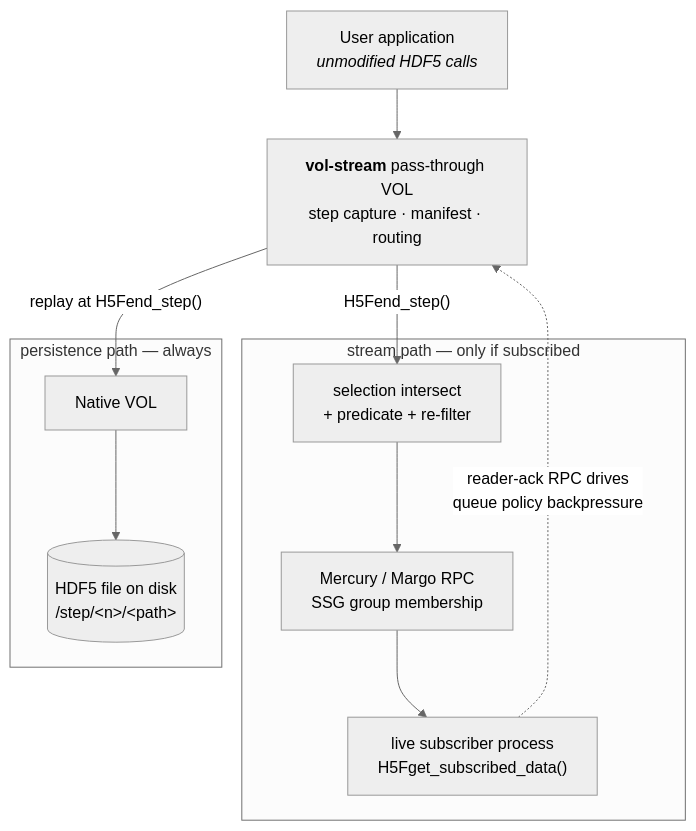
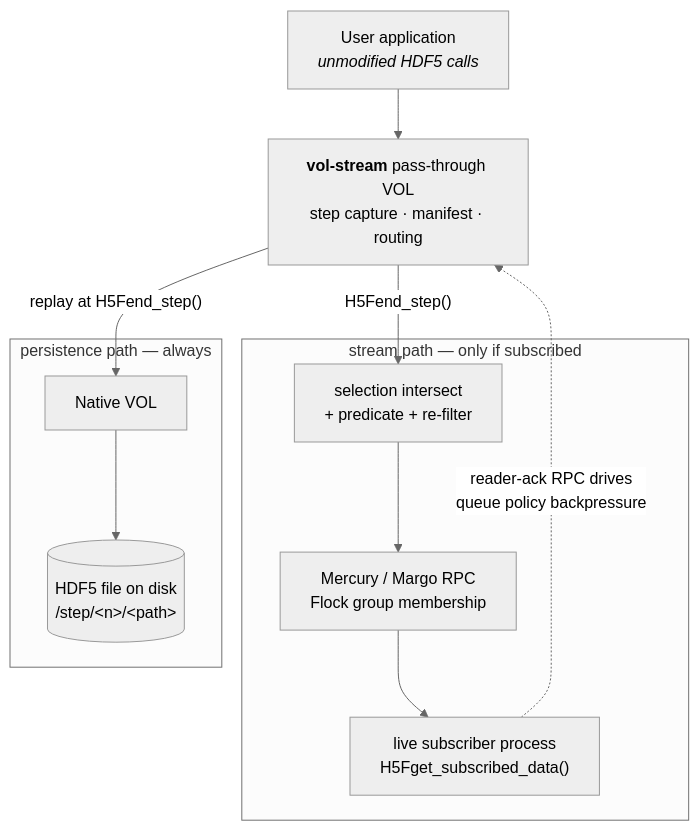
One commit to brtnfld/vol-stream changed the diagram in docs/user-guide.md. Above: the diagram before and after it, drawn with Mermaid (neutral theme). The commit also changed other lines of this file and 6 other files, not shown here.

````diff
--- a/docs/user-guide.md
+++ b/docs/user-guide.md
@@ -142,21 +142,21 @@
 ```mermaid
 flowchart TB
     APP["User application<br/><i>unmodified HDF5 calls</i>"]
     VS["<b>vol-stream</b> pass-through VOL<br/>step capture · manifest · routing"]
 
     subgraph STREAM ["stream path — only if subscribed"]
       ROUTE["selection intersect<br/>+ predicate + re-filter"]
-      MARGO["Mercury / Margo RPC<br/>SSG group membership"]
+      MARGO["Mercury / Margo RPC<br/>Flock group membership"]
       SUB["live subscriber process<br/>H5Fget_subscribed_data()"]
     end
 
     subgraph PERSIST ["persistence path — always"]
       NATIVE["Native VOL"]
       DISK[("HDF5 file on disk<br/>/step/&lt;n&gt;/&lt;path&gt;")]
     end
 
     APP --> VS
     VS -->|"H5Fend_step()"| ROUTE --> MARGO --> SUB
     VS -->|"replay at H5Fend_step()"| NATIVE --> DISK
     SUB -.->|"reader-ack RPC drives<br/>queue policy backpressure"| VS
 ```
````
